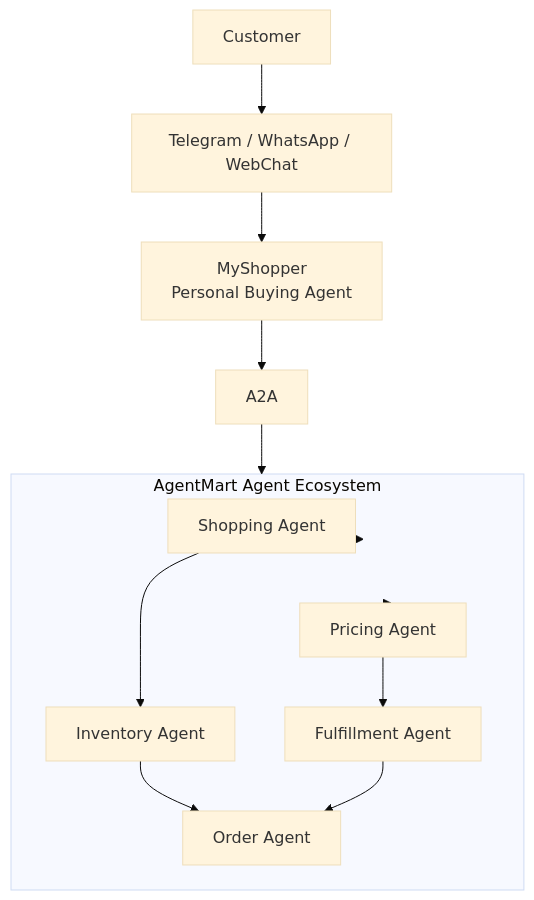
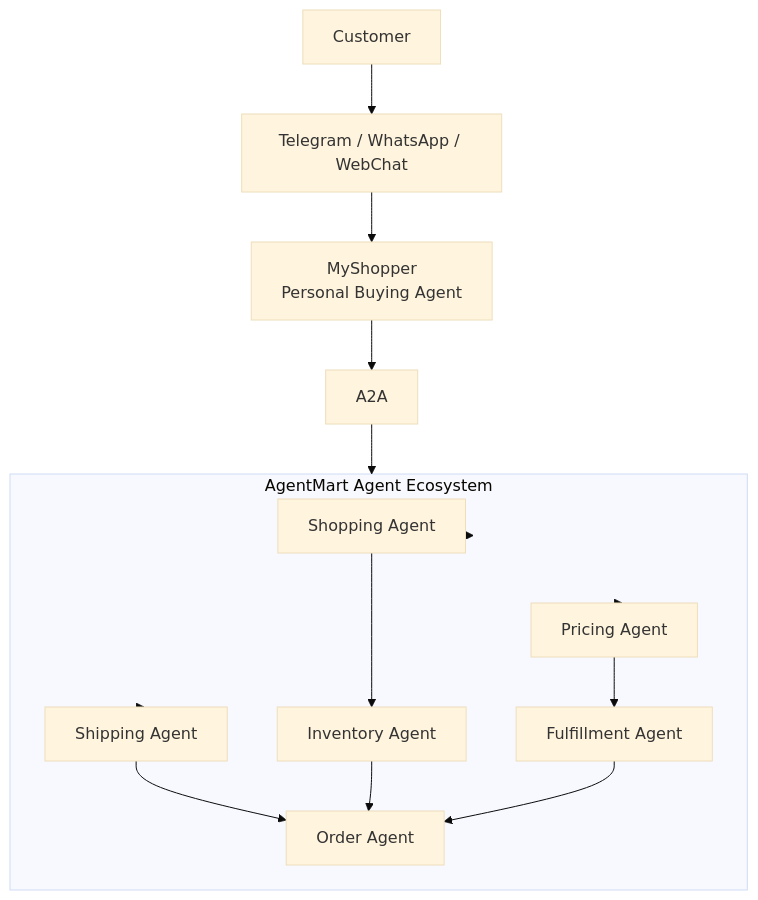
Before and after one commit to kenken64/Building-Autonomous-AI-Agent: the first of 2 diagrams in README.md, drawn with Mermaid (base theme). The commit also changed other lines of this file and 3 other files, not shown here.

````diff
--- a/README.md
+++ b/README.md
@@ -107,27 +107,30 @@
 ```mermaid
 flowchart TD
     Customer[Customer]
     Chat[Telegram / WhatsApp / WebChat]
     MyShopper[MyShopper<br/>Personal Buying Agent]
     A2A[A2A]
 
     subgraph AgentMart[AgentMart Agent Ecosystem]
         Shopping[Shopping Agent]
         Pricing[Pricing Agent]
         Inventory[Inventory Agent]
         Fulfillment[Fulfillment Agent]
+        Shipping[Shipping Agent]
         Order[Order Agent]
     end
 
     Customer --> Chat
     Chat --> MyShopper
     MyShopper --> A2A
     A2A --> AgentMart
 
     AgentMart --> Shopping
     AgentMart --> Pricing
     Shopping --> Inventory
     Pricing --> Fulfillment
+    AgentMart --> Shipping
+    Shipping --> Order
     Inventory --> Order
     Fulfillment --> Order
 ```
````
